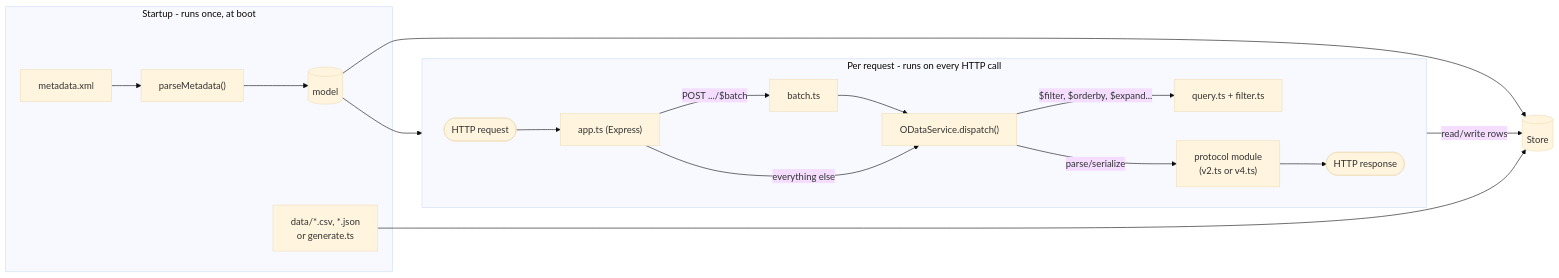
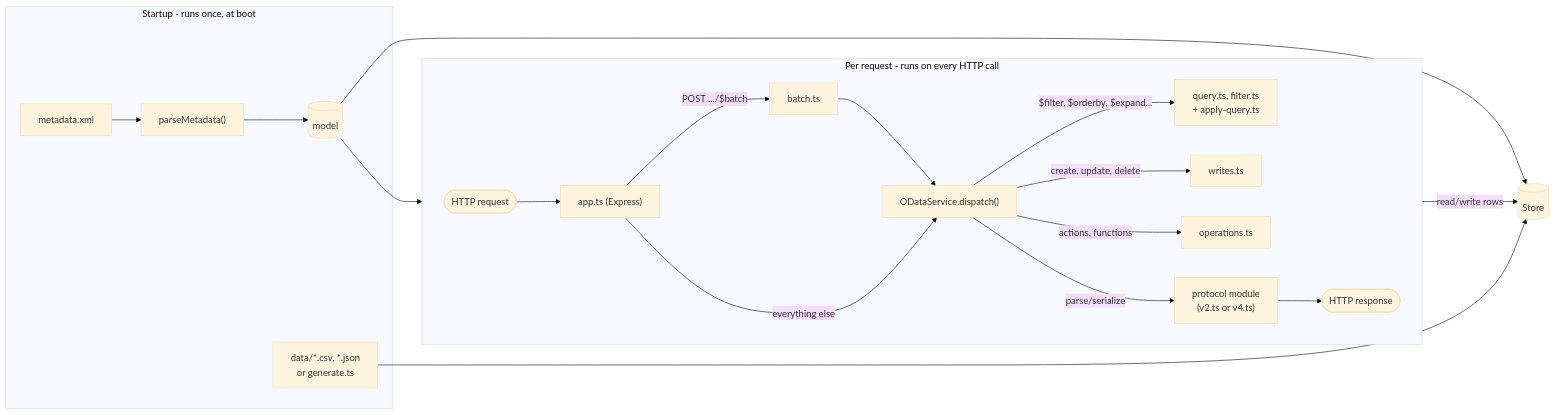
The diagram in docs/architecture.md (jaravan/odata-prova), drawn with Mermaid (base theme) before and after one commit. The commit also changed other lines of this file, not shown here.

Commit message:
docs(architecture): describe the service's modules

````diff
--- a/docs/architecture.md
+++ b/docs/architecture.md
@@ -3,25 +3,27 @@
 ```mermaid
 flowchart LR
     subgraph Startup["Startup - runs once, at boot"]
         MX["metadata.xml"] --> PM["parseMetadata()"]
         PM --> MODEL[("model")]
         SEED["data/*.csv, *.json<br/>or generate.ts"]
     end
 
     ST[("Store")]
     MODEL --> ST
     SEED --> ST
 
     subgraph Request["Per request - runs on every HTTP call"]
         direction LR
         REQ(["HTTP request"]) --> APP["app.ts (Express)"]
         APP -- "POST .../$batch" --> BATCH["batch.ts"] --> SVC
         APP -- "everything else" --> SVC["ODataService.dispatch()"]
-        SVC -- "$filter, $orderby, $expand..." --> QF["query.ts + filter.ts"]
+        SVC -- "$filter, $orderby, $expand..." --> QF["query.ts, filter.ts<br/>+ apply-query.ts"]
+        SVC -- "create, update, delete" --> WR["writes.ts"]
+        SVC -- "actions, functions" --> OPS["operations.ts"]
         SVC -- "parse/serialize" --> PROTO["protocol module<br/>(v2.ts or v4.ts)"]
         PROTO --> RES(["HTTP response"])
     end
 
     MODEL --> SVC
     SVC -- "read/write rows" --> ST
 ```
````
